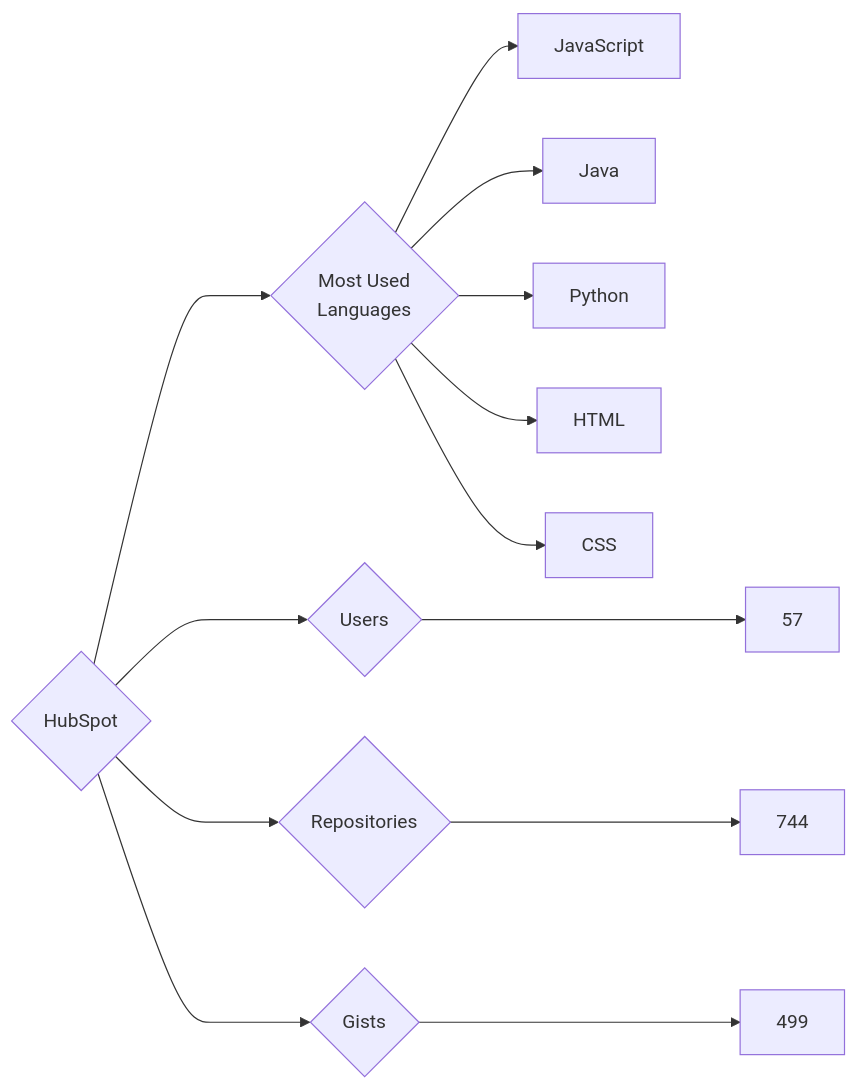
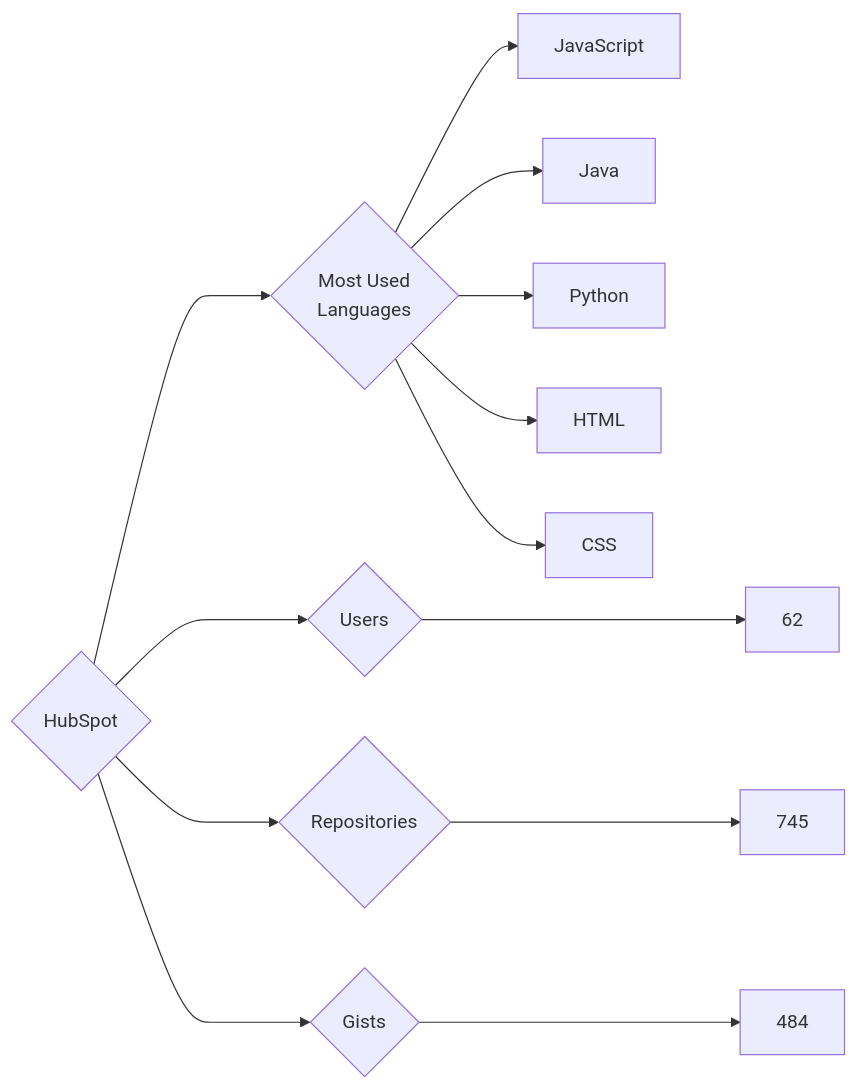
Before and after one commit to trickest/insiders: the diagram in targets/HubSpot/README.md, drawn with Mermaid. The commit also changed 965 other files, not shown here.

````diff
--- a/targets/HubSpot/README.md
+++ b/targets/HubSpot/README.md
@@ -3,13 +3,13 @@
 ```mermaid
 graph LR
 COMPANY_NAME{HubSpot}
-COMPANY_NAME ---> U{Users} ---> UN[57]
-COMPANY_NAME ---> R{Repositories} ---> RN[744]
-COMPANY_NAME ---> G{Gists} ---> GN[499]
+COMPANY_NAME ---> U{Users} ---> UN[62]
+COMPANY_NAME ---> R{Repositories} ---> RN[745]
+COMPANY_NAME ---> G{Gists} ---> GN[484]
 COMPANY_NAME ---> ML{Most Used<br>Languages}
 ML --> JavaScript[JavaScript]
 ML --> Java[Java]
 ML --> Python[Python]
 ML --> HTML[HTML]
 ML --> CSS[CSS]
 ```
````
